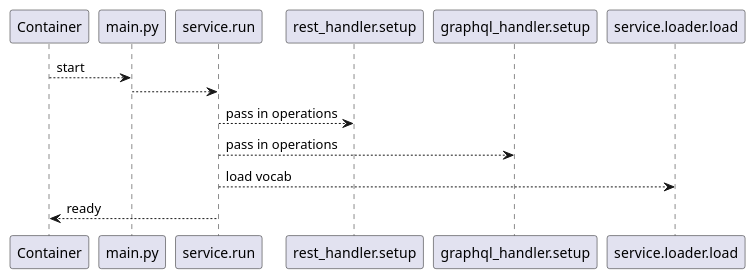
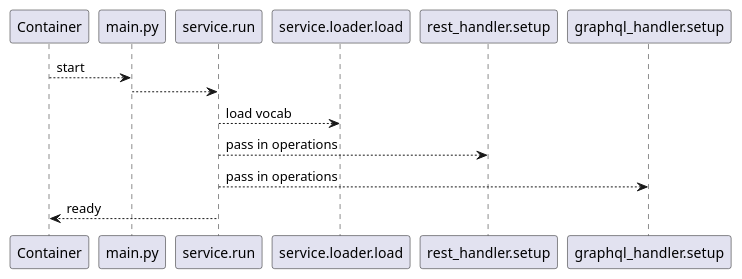
Before and after one commit to NeuronSphere/hmd-meta-types: the diagram in docs/uml/service_setup_sequence.puml, drawn with PlantUML. The commit also changed other lines of this file and 2 other files, not shown here.

```diff
--- a/docs/uml/service_setup_sequence.puml
+++ b/docs/uml/service_setup_sequence.puml
@@ -1,9 +1,9 @@
 @startuml
 
 Container --> main.py : start
 main.py --> service.run
+service.run --> service.loader.load : load vocab
 service.run --> rest_handler.setup : pass in operations
 service.run --> graphql_handler.setup : pass in operations
-service.run --> service.loader.load : load vocab
 service.run --> Container : ready
 @enduml
```
